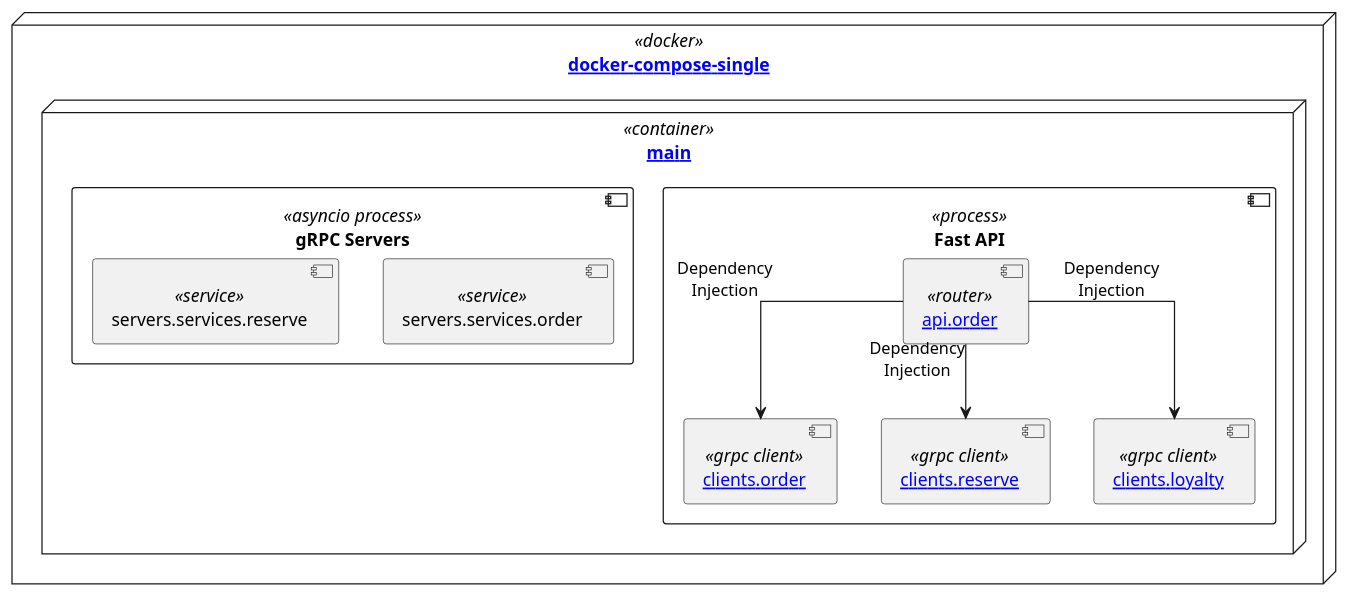
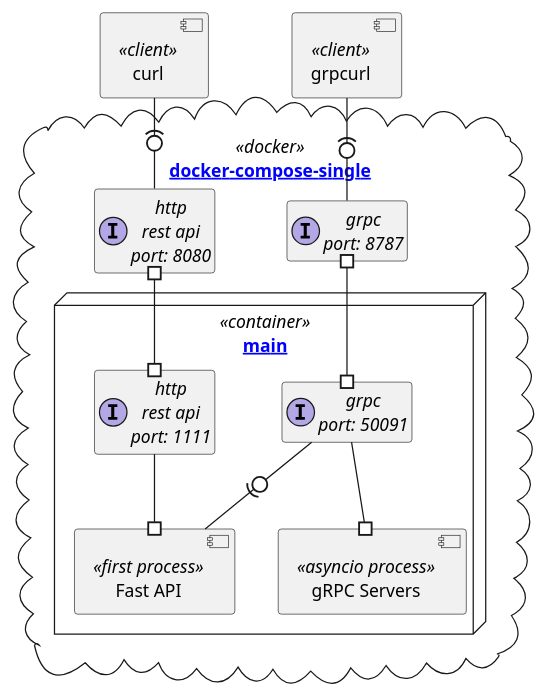
Before and after one commit to arootcom/grpc-fastapi: the diagram in adr/day1/deploy-singl.puml, drawn with PlantUML. The commit also changed 3 other files, not shown here.

Commit message:
~ deploy diagramm

```diff
--- a/adr/day1/deploy-singl.puml
+++ b/adr/day1/deploy-singl.puml
@@ -1,47 +1,44 @@
 @startuml
 
 '!theme plain
-skinparam {
+'skinparam {
 '  shadowing false
 '  nodesep 50
 '  ranksep 100
-  linetype ortho
+'  linetype ortho
+'}
+
+hide empty members
+
+component curl <<client>> {
 }
 
-node docker as "[[https://github.com/arootcom/grpc-fastapi/blob/day1/docker-compose-singl.yaml docker-compose-single]]" <<docker>> {
-    'portin local_http as "http\nrest api\nport: 8080"
-    'portout local_grpc as "grpc\nport: 8787" 
+component grpcurl <<client>> {
+}
+
+cloud docker as "[[https://github.com/arootcom/grpc-fastapi/blob/day1/docker-compose-singl.yaml docker-compose-single]]" <<docker>> {
+    interface local_http as "http\nrest api\nport: 8080"
+    curl -(0- local_http
+
+    interface local_grpc as "grpc\nport: 8787" 
+    grpcurl -(0- local_grpc
 
     node main as "[[https://github.com/arootcom/grpc-fastapi/blob/day1/app/main.py main]]" <<container>> {
-        'portin http as "http\nrest api\nport: 1111"
-        'local_http --> http
+        interface http as "http\nrest api\nport: 1111"
+        local_http #--# http
 
-        'portout grpc as "grpc\nport: 50091"
-        'grpc <-- local_grpc 
+        interface grpc as "grpc\nport: 50091"
+        local_grpc #--# grpc 
 
-        component api as "Fast API" <<process>> {
-            component router as "[[https://github.com/arootcom/grpc-fastapi/blob/day1/app/api/order.py api.order]]" <<router>>
-            'http --> router
-
-            component cli_orders as "[[https://github.com/arootcom/grpc-fastapi/blob/day1/app/clients/order.py clients.order]]" <<grpc client>>
-            'cli_orders --> grpc
-            router --> cli_orders : Dependency\nInjection
-
-            component cli_reserve as "[[https://github.com/arootcom/grpc-fastapi/blob/day1/app/clients/reserve.py clients.reserve]]" <<grpc client>>
-            'cli_reserve --> grpc
-            router --> cli_reserve : Dependency\nInjection
-
-            component cli_loyalty as "[[https://github.com/arootcom/grpc-fastapi/blob/day1/app/clients/loyalty.py clients.loyalty]]" <<grpc client>>
-            'cli_loyalty --> grpc
-            router --> cli_loyalty : Dependency\nInjection
+        component api as "Fast API" <<first process>> {
         }
+        http --# api
 
         component server as "gRPC Servers" <<asyncio process>> {
-            component orders as "servers.services.order" <<service>>
-            component reserve as "servers.services.reserve" <<service>>
         }
-        'grpc --> orders
+        grpc --# server
+        grpc -0)- api
     }
 }
 
 @enduml
```
